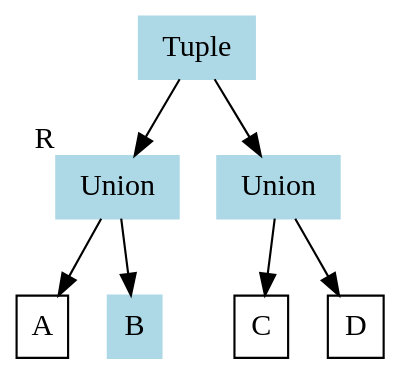
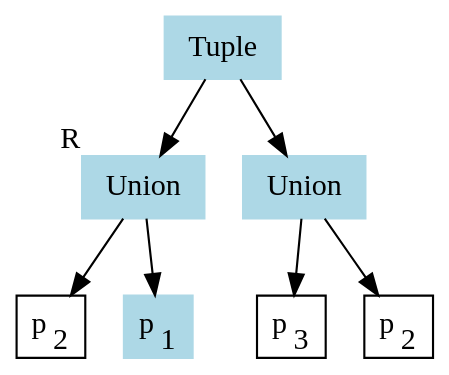
The diagram in figures/transex2.dot (BenChung/SubtypingCorrectness), drawn with Graphviz before and after one commit. The commit also changed 2 other files, not shown here.

```diff
--- a/figures/transex2.dot
+++ b/figures/transex2.dot
@@ -1,18 +1,18 @@
 digraph G {
     margin=0;bgcolor="transparent";
   node [shape=box, margin=0.1, width=0, height=0];
   tuple [label="Tuple",color=lightblue,style=filled]
   union1 [label="Union", xlabel="R",color=lightblue,style=filled]
   union2 [label="Union", xlabel="",color=lightblue,style=filled]
-  A [label="A"]
-  B [label="B",color=lightblue,style=filled]
-  C [label="C"]
-  D [label="D"]
+  A [label=<p<SUB>2</SUB>>]
+  B [label=<p<SUB>1</SUB>>,color=lightblue,style=filled]
+  C [label=<p<SUB>3</SUB>>]
+  D [label=<p<SUB>2</SUB>>]
   tuple -> union1
   tuple -> union2
   union1 -> A
   union1 -> B
   union2 -> C
   union2 -> D
   {rank=same; union1 union2}
 }
```
